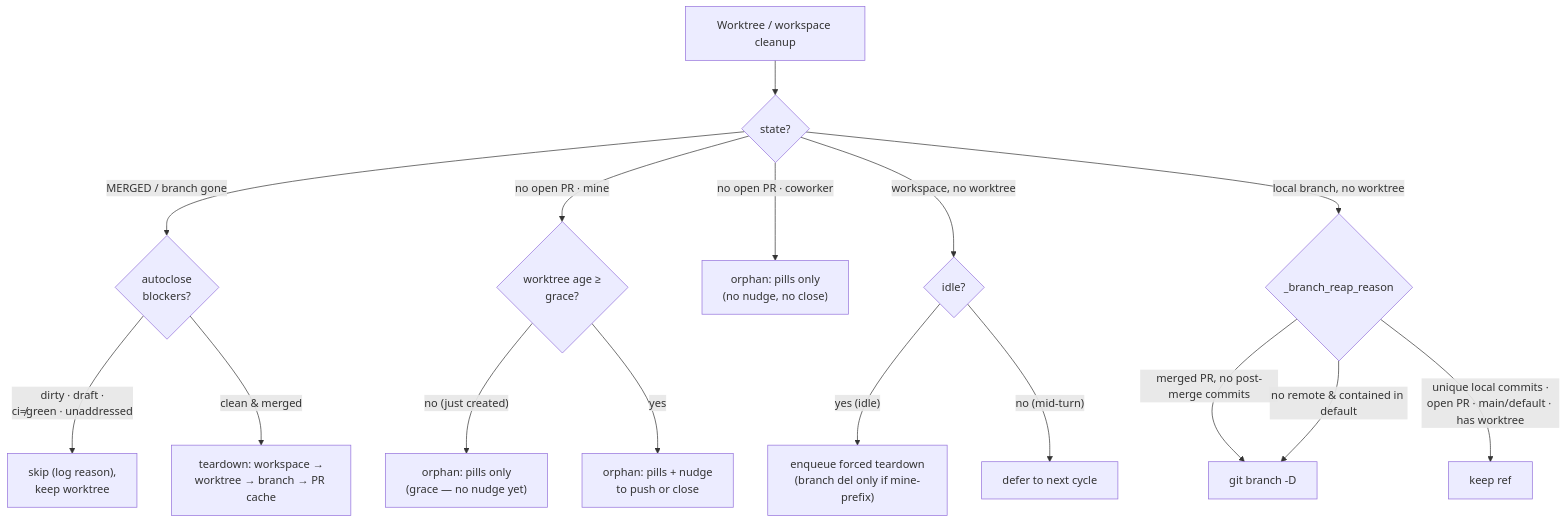
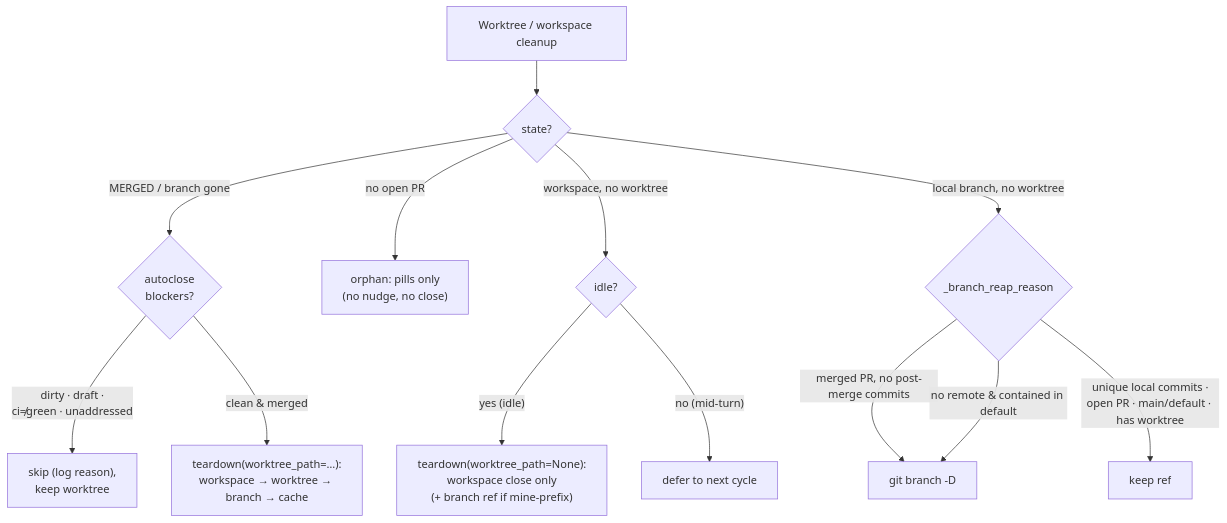
One commit to khivi/cockpit changed the third of 5 diagrams in docs/state-machine.md. Above: the diagram before and after it, drawn with Mermaid. The commit also changed other lines of this file and 18 other files, not shown here.

First line of the commit message:
feat!: seed review spawns from bundled prose, and drop the orphan nudge (#490)

````diff
--- a/docs/state-machine.md
+++ b/docs/state-machine.md
@@ -154,23 +154,19 @@
 ```mermaid
 flowchart TD
   C["Worktree / workspace cleanup"] --> K{"state?"}
 
   K -->|"MERGED / branch gone"| AC{"autoclose<br/>blockers?"}
   AC -->|"dirty · draft ·<br/>ci≠green · unaddressed"| SK["skip (log reason),<br/>keep worktree"]
-  AC -->|"clean & merged"| TD["teardown: workspace →<br/>worktree → branch → PR cache"]
+  AC -->|"clean & merged"| TD["teardown(worktree_path=…):<br/>workspace → worktree → branch → cache"]
 
-  K -->|"no open PR · mine"| OG{"worktree age ≥<br/>grace?"}
-  OG -->|"no (just created)"| OP["orphan: pills only<br/>(grace — no nudge yet)"]
-  OG -->|"yes"| OR["orphan: pills + nudge<br/>to push or close"]
-
-  K -->|"no open PR · coworker"| OC["orphan: pills only<br/>(no nudge, no close)"]
+  K -->|"no open PR"| OP["orphan: pills only<br/>(no nudge, no close)"]
 
   K -->|"workspace, no worktree"| RP{"idle?"}
-  RP -->|"yes (idle)"| EN["enqueue forced teardown<br/>(branch del only if mine-prefix)"]
+  RP -->|"yes (idle)"| EN["teardown(worktree_path=None):<br/>workspace close only<br/>(+ branch ref if mine-prefix)"]
   RP -->|"no (mid-turn)"| DF["defer to next cycle"]
 
   K -->|"local branch, no worktree"| BR{"_branch_reap_reason"}
   BR -->|"merged PR, no post-merge commits"| BD["git branch -D"]
   BR -->|"no remote & contained in default"| BD
   BR -->|"unique local commits ·<br/>open PR · main/default · has worktree"| BK["keep ref"]
 ```
````
